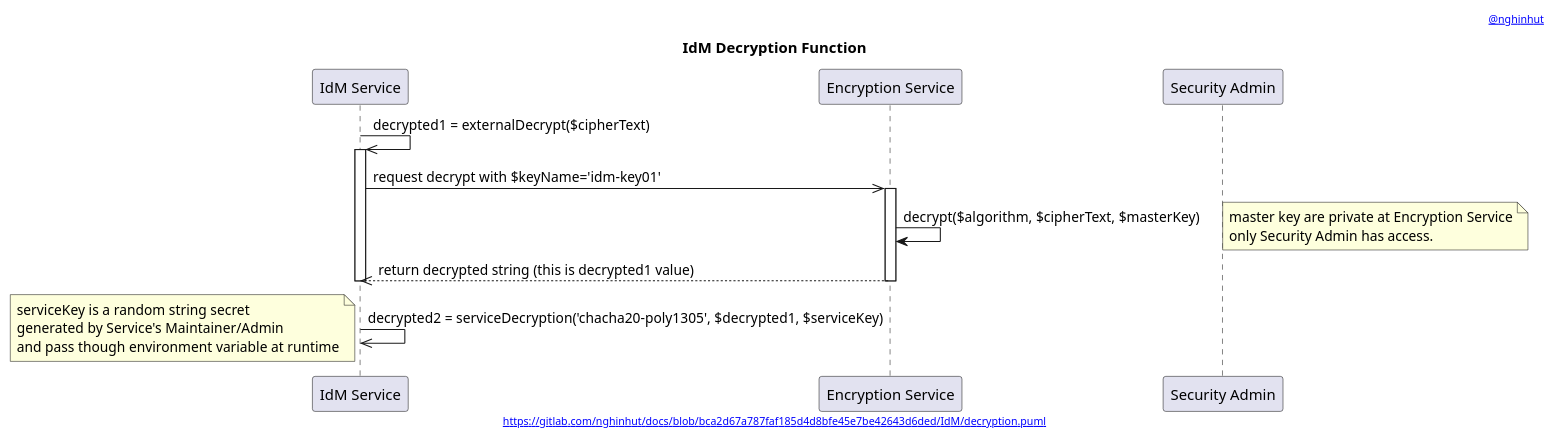
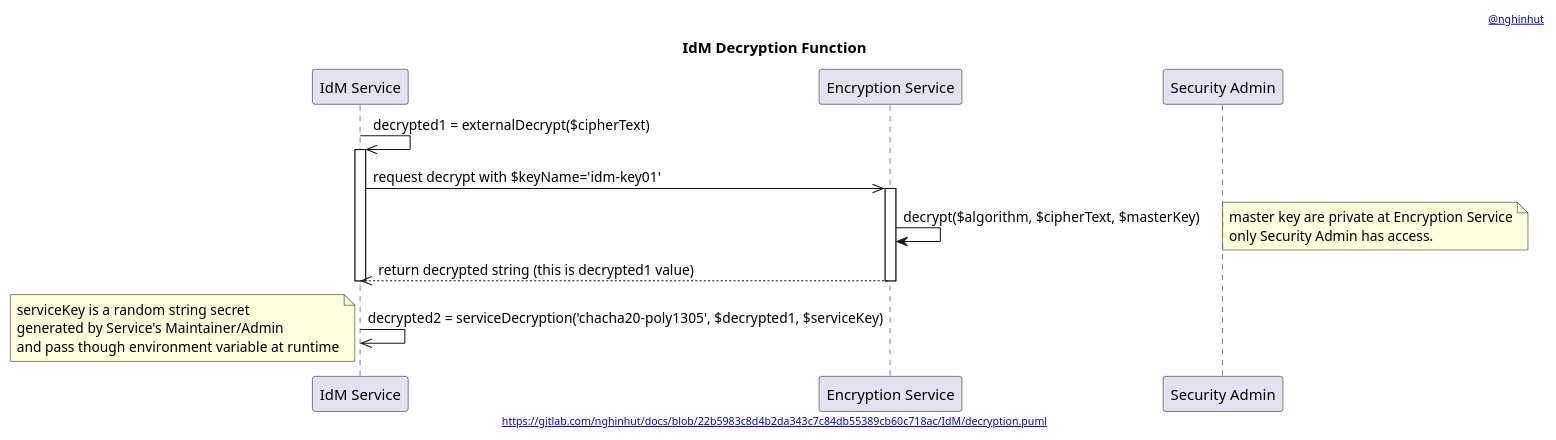
One commit to nghinhut/docs changed the diagram in IdM/decryption.function.puml. Above: the diagram before and after it, drawn with PlantUML. The commit also changed 48 other files, not shown here.

```diff
--- a/IdM/decryption.function.puml
+++ b/IdM/decryption.function.puml
@@ -1,32 +1,32 @@
 @startuml
 '-----START auto generated metadata please keep comment here to allow auto update-----
 '-----DON'T EDIT THIS SECTION, INSTEAD RE-RUN prebuild.sh TO UPDATE-----
-header [[https://www.nghinhut.dev?from=http%5C%3A%5C%2F%5C%2Fwww%5C.plantuml%5C.com%5C%2Fplantuml%5C%2Fproxy%3Ffmt%3Dsvg%5C%26src%3Dhttps%5C%3A%5C%2F%5C%2Fgitlab%5C.com%5C%2Fnghinhut%5C%2Fdocs%5C%2Fraw%5C%2Fbca2d67a787faf185d4d8bfe45e7be42643d6ded%5C%2FIdM%5C%2Fdecryption%5C.puml%0A @nghinhut]]
-footer [[http://www.plantuml.com/plantuml/proxy?fmt=svg&src=https://gitlab.com/nghinhut/docs/raw/bca2d67a787faf185d4d8bfe45e7be42643d6ded/IdM/decryption.puml https://gitlab.com/nghinhut/docs/blob/bca2d67a787faf185d4d8bfe45e7be42643d6ded/IdM/decryption.puml]]
+header [[https://www.nghinhut.dev?from=http%5C%3A%5C%2F%5C%2Fwww%5C.plantuml%5C.com%5C%2Fplantuml%5C%2Fproxy%3Ffmt%3Dsvg%5C%26src%3Dhttps%5C%3A%5C%2F%5C%2Fgitlab%5C.com%5C%2Fnghinhut%5C%2Fdocs%5C%2Fraw%5C%2F22b5983c8d4b2da343c7c84db55389cb60c718ac%5C%2FIdM%5C%2Fdecryption%5C.puml%0A @nghinhut]]
+footer [[http://www.plantuml.com/plantuml/proxy?fmt=svg&src=https://gitlab.com/nghinhut/docs/raw/22b5983c8d4b2da343c7c84db55389cb60c718ac/IdM/decryption.puml https://gitlab.com/nghinhut/docs/blob/22b5983c8d4b2da343c7c84db55389cb60c718ac/IdM/decryption.puml]]
 '-----END auto generated metadata please keep comment here to allow auto update-----
 title IdM Decryption Function
 participant "IdM Service" as idm
 participant "Encryption Service" as es
 participant "Security Admin" as esAdmin
 
 
 idm ->> idm : decrypted1 = externalDecrypt($cipherText)
 activate idm
     idm ->> es : request decrypt with $keyName='idm-key01'
     activate es
         es -> es : decrypt($algorithm, $cipherText, $masterKey)
         note right
             master key are private at Encryption Service
             only Security Admin has access.
         end note
         idm <<-- es : return decrypted string (this is decrypted1 value)
     deactivate es
 deactivate idm
 
 idm ->> idm : decrypted2 = serviceDecryption('chacha20-poly1305', $decrypted1, $serviceKey)
 note left
     serviceKey is a random string secret
     generated by Service's Maintainer/Admin
     and pass though environment variable at runtime
 end note
 @enduml
```
